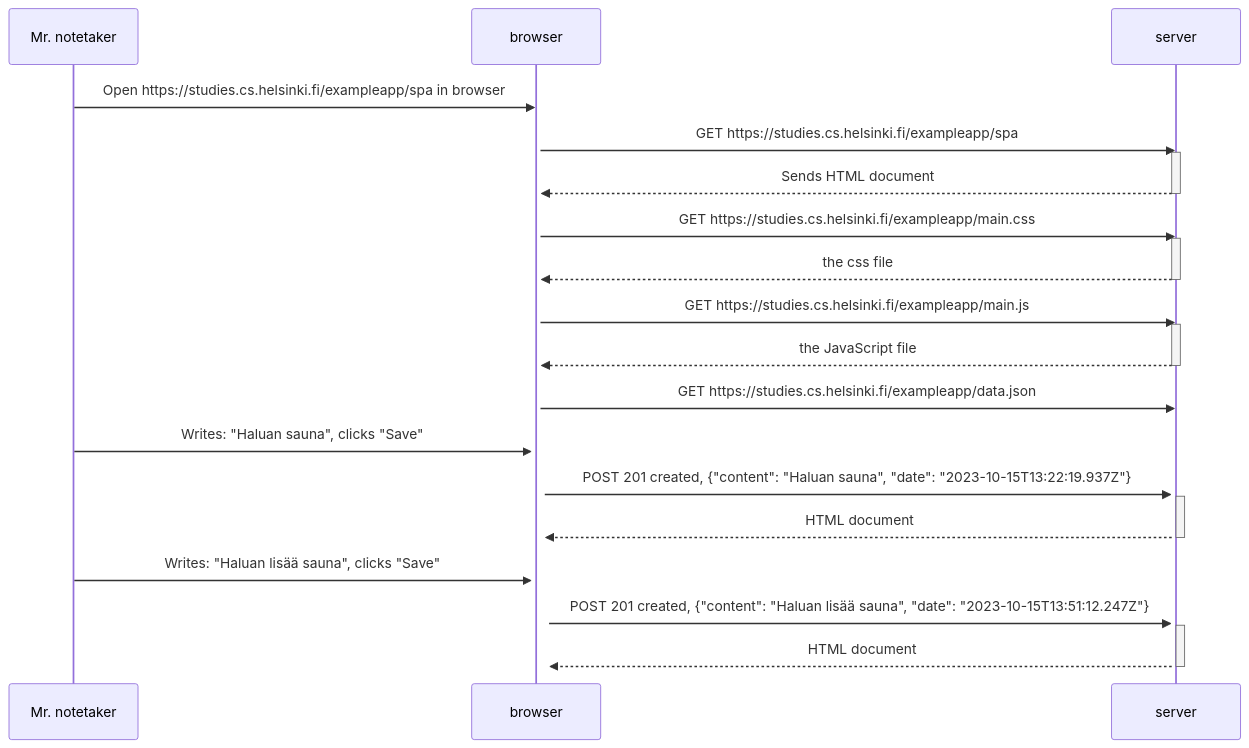
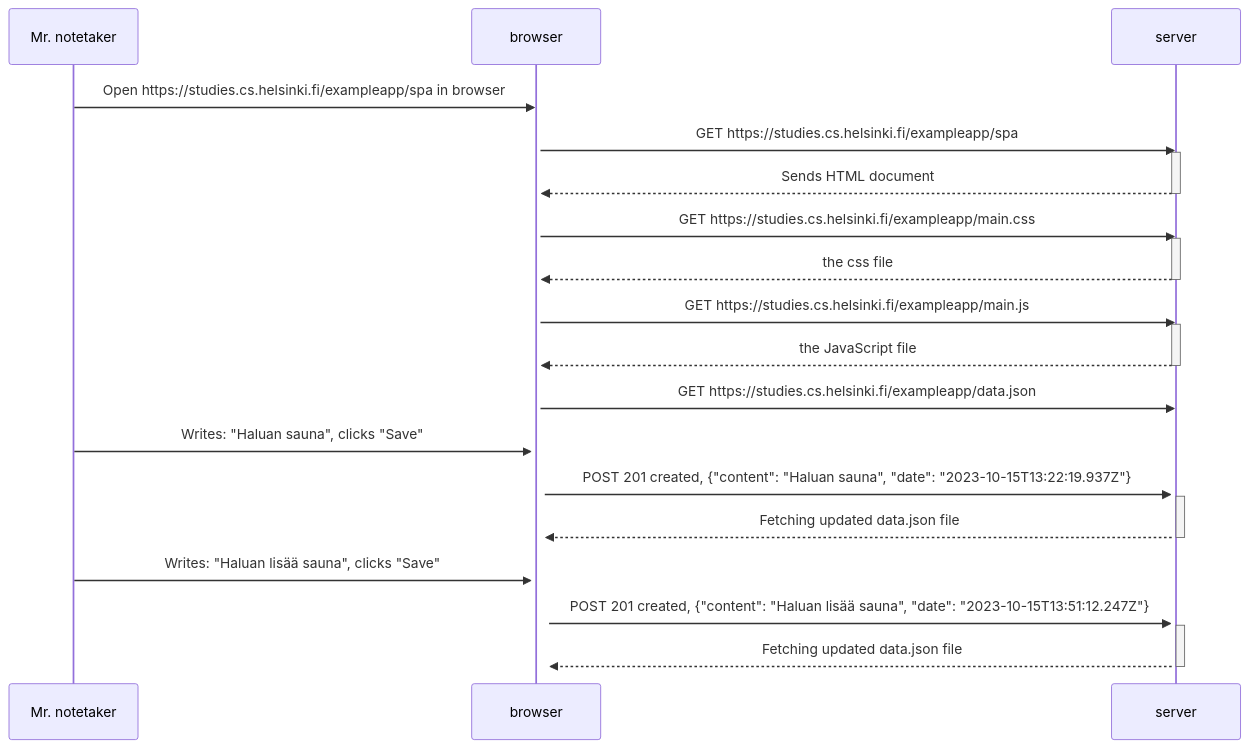
Before and after one commit to haavardmk/fullstackopen: the diagram in part0/0.5 diagram.md, drawn with Mermaid.

Commit message:
Update 0.5 diagram.md

````diff
--- a/part0/0.5 diagram.md
+++ b/part0/0.5 diagram.md
@@ -1,44 +1,44 @@
 ```mermaid
 sequenceDiagram
     participant Mr. notetaker
     participant browser
     participant server
 
     Mr. notetaker->>browser: Open https://studies.cs.helsinki.fi/exampleapp/spa in browser
     activate browser
 
     browser->>server: GET https://studies.cs.helsinki.fi/exampleapp/spa
     activate server
     server-->>browser: Sends HTML document
     deactivate server
 
     browser->>server: GET https://studies.cs.helsinki.fi/exampleapp/main.css
     activate server
     server-->>browser: the css file
     deactivate server
 
     browser->>server: GET https://studies.cs.helsinki.fi/exampleapp/main.js
     activate server
     server-->>browser: the JavaScript file
     deactivate server
 
     browser->>server: GET https://studies.cs.helsinki.fi/exampleapp/data.json
     activate server
 
     Mr. notetaker->>browser: Writes: "Haluan sauna", clicks "Save"
     activate browser
     browser->>server: POST 201 created, {"content": "Haluan sauna", "date": "2023-10-15T13:22:19.937Z"}
     activate server
-    server-->>browser: HTML document
+    server-->>browser: Fetching updated data.json file
     deactivate server
 
     Mr. notetaker->>browser: Writes: "Haluan lisää sauna", clicks "Save"
     activate browser
     browser->>server: POST 201 created, {"content": "Haluan lisää sauna", "date": "2023-10-15T13:51:12.247Z"}
     activate server
-    server-->>browser: HTML document
+    server-->>browser: Fetching updated data.json file
     deactivate server
 
 
 
 ```
````
